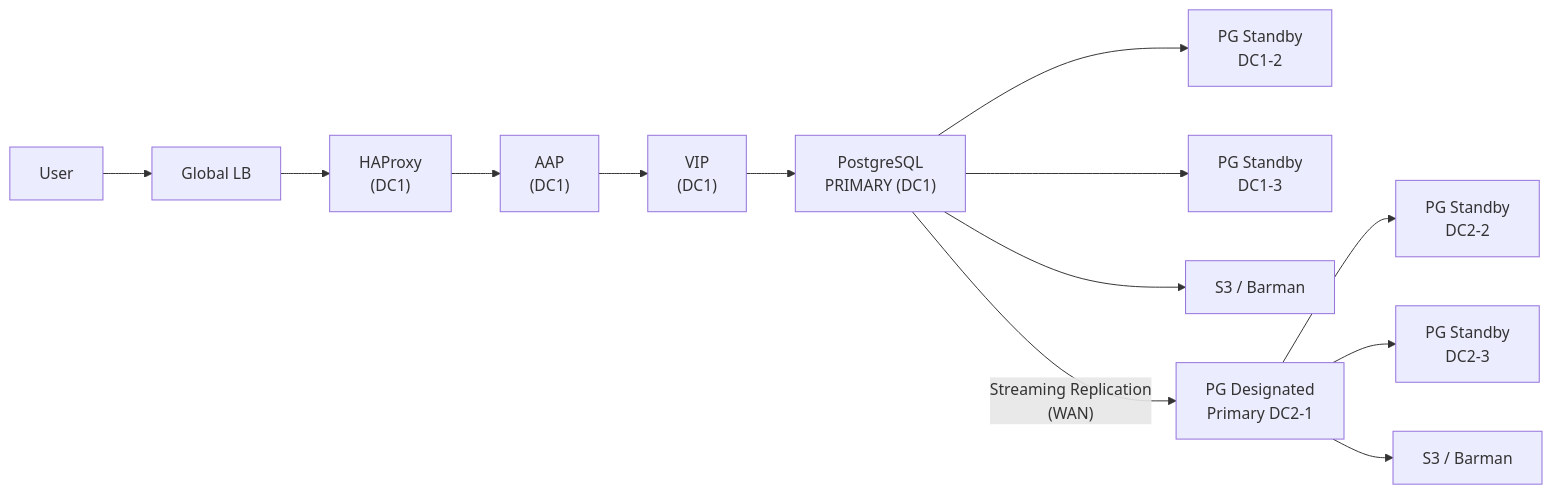
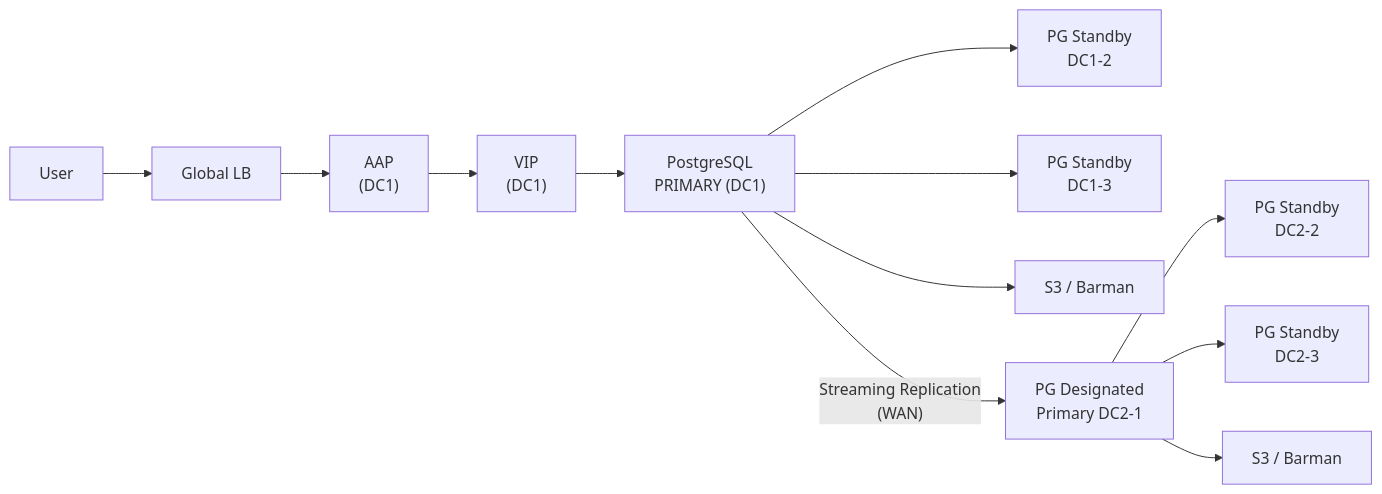
One commit to leogallego/ansible-solution-guides changed the first of 2 diagrams in README-EDB.md. Above: the diagram before and after it, drawn with Mermaid. The commit also changed other lines of this file, not shown here.

First line of the commit message:
Remove HAProxy layer from EDB solution guide

````diff
--- a/README-EDB.md
+++ b/README-EDB.md
@@ -239,14 +234,14 @@
 ```mermaid
 flowchart LR
-    User --> GLB["Global LB"] --> HAProxy["HAProxy\n(DC1)"] --> AAP["AAP\n(DC1)"] --> VIP["VIP\n(DC1)"] --> PG1["PostgreSQL\nPRIMARY (DC1)"]
+    User --> GLB["Global LB"] --> AAP["AAP\n(DC1)"] --> VIP["VIP\n(DC1)"] --> PG1["PostgreSQL\nPRIMARY (DC1)"]
 
     PG1 --> PG1S2["PG Standby\nDC1-2"]
     PG1 --> PG1S3["PG Standby\nDC1-3"]
     PG1 --> BAR1["S3 / Barman"]
 
     PG1 -- "Streaming Replication\n(WAN)" --> PG2DP["PG Designated\nPrimary DC2-1"]
 
     PG2DP --> PG2S2["PG Standby\nDC2-2"]
     PG2DP --> PG2S3["PG Standby\nDC2-3"]
     PG2DP --> BAR2["S3 / Barman"]
 ```
````
